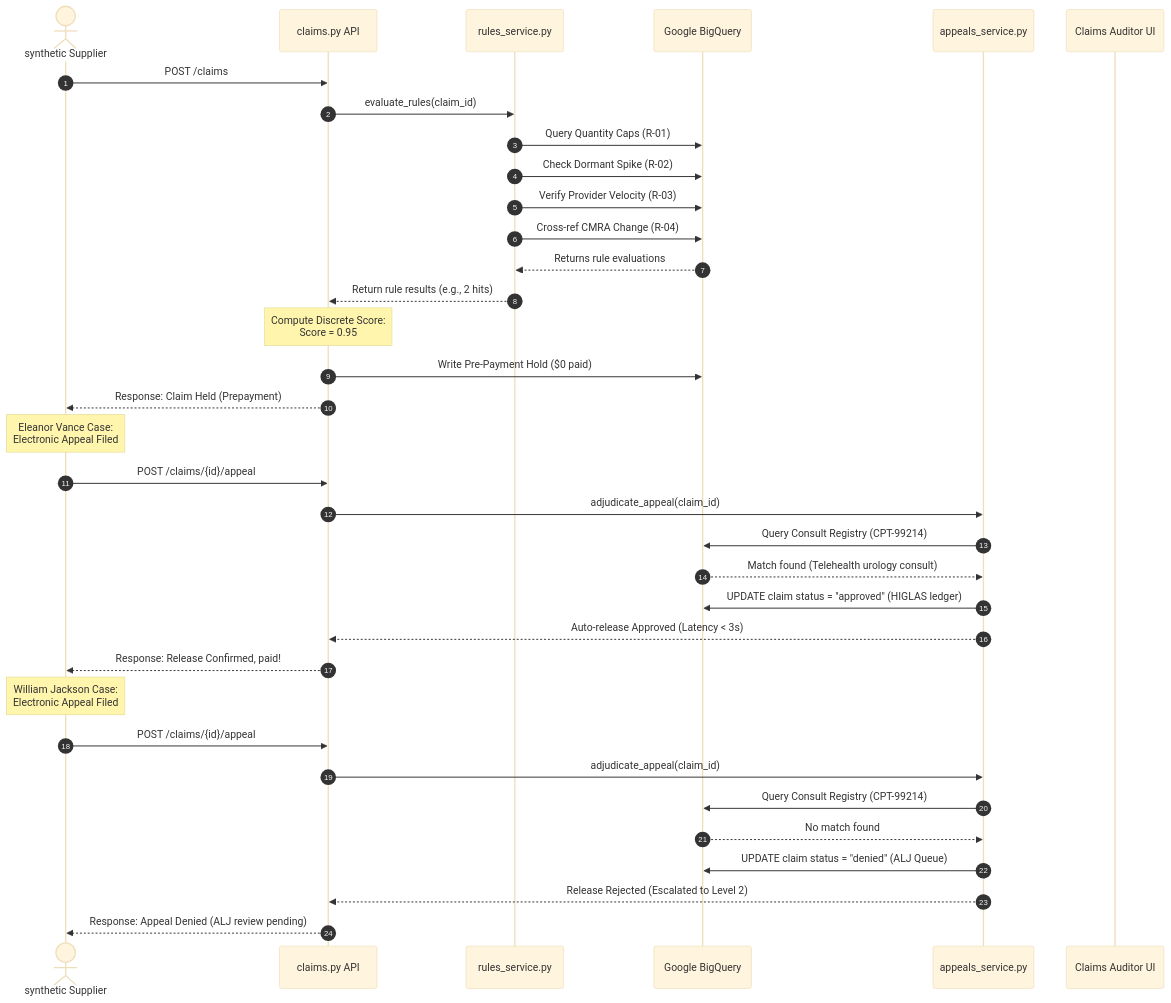
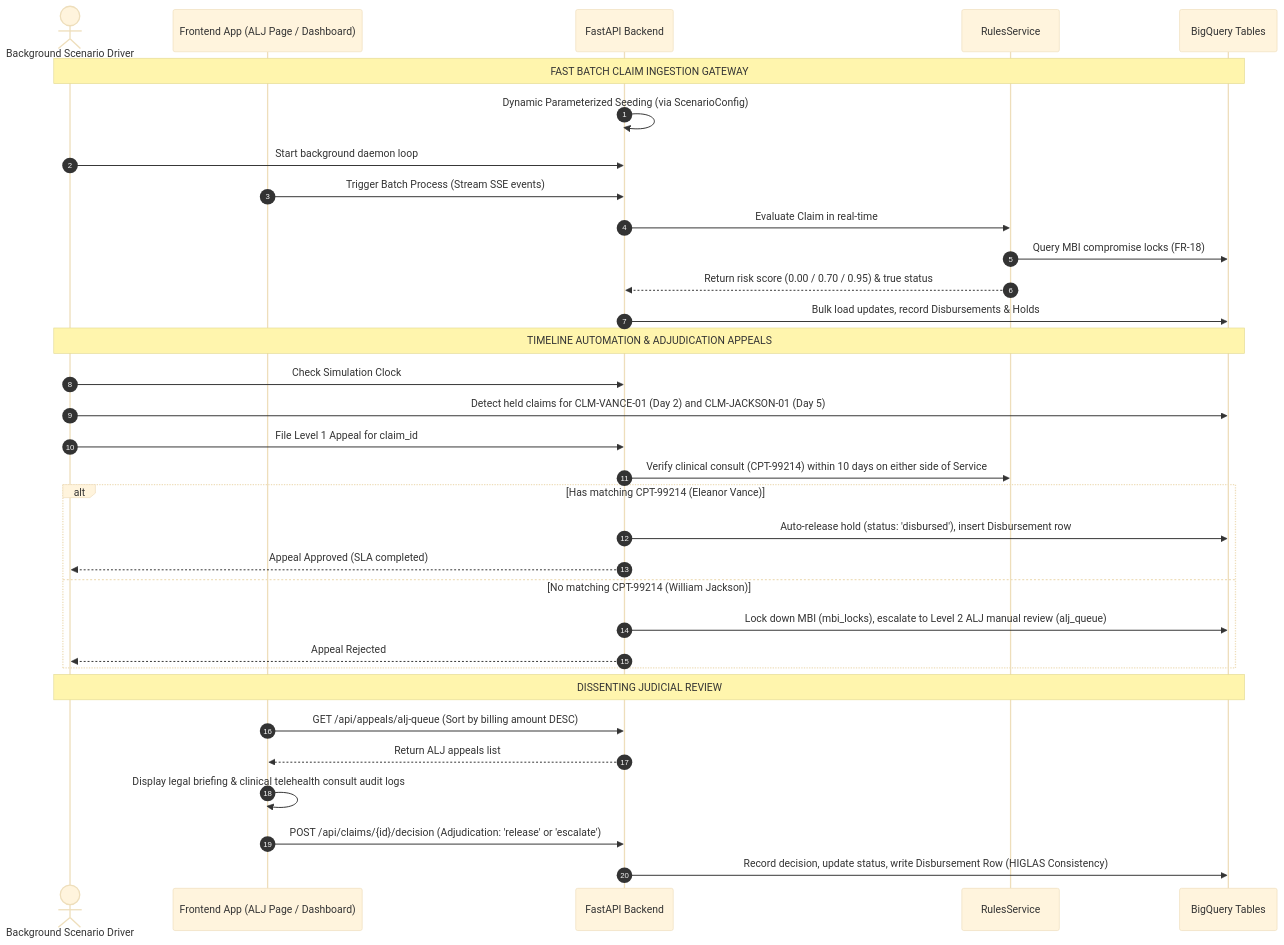
Before and after one commit to farahomer1/cms-fraud-shield3: the second of 2 diagrams in docs/technical_design_document.md, drawn with Mermaid (base theme).

Commit message:
docs: update sequence diagram in TDD to match clock-aware closed-loop pipeline

````diff
--- a/docs/technical_design_document.md
+++ b/docs/technical_design_document.md
@@ -160,41 +160,38 @@
 ```mermaid
 sequenceDiagram
     autonumber
-    actor Supplier as synthetic Supplier
-    participant Gateway as claims.py API
-    participant Rules as rules_service.py
-    participant DB as Google BigQuery
-    participant Appeals as appeals_service.py
-    participant Auditor as Claims Auditor UI
+    actor Driver as Background Scenario Driver
+    participant FE as Frontend App (ALJ Page / Dashboard)
+    participant BE as FastAPI Backend
+    participant RS as RulesService
+    participant BQ as BigQuery Tables
 
-    Supplier->>Gateway: POST /claims
-    Gateway->>Rules: evaluate_rules(claim_id)
-    Rules->>DB: Query Quantity Caps (R-01)
-    Rules->>DB: Check Dormant Spike (R-02)
-    Rules->>DB: Verify Provider Velocity (R-03)
-    Rules->>DB: Cross-ref CMRA Change (R-04)
-    DB-->>Rules: Returns rule evaluations
-    Rules-->>Gateway: Return rule results (e.g., 2 hits)
-    
-    Note over Gateway: Compute Discrete Score:<br/>Score = 0.95
-    Gateway->>DB: Write Pre-Payment Hold ($0 paid)
-    Gateway-->>Supplier: Response: Claim Held (Prepayment)
+    Note over Driver, BQ: FAST BATCH CLAIM INGESTION GATEWAY
+    BE->>BE: Dynamic Parameterized Seeding (via ScenarioConfig)
+    Driver->>BE: Start background daemon loop
+    FE->>BE: Trigger Batch Process (Stream SSE events)
+    BE->>RS: Evaluate Claim in real-time
+    RS->>BQ: Query MBI compromise locks (FR-18)
+    RS-->>BE: Return risk score (0.00 / 0.70 / 0.95) & true status
+    BE->>BQ: Bulk load updates, record Disbursements & Holds
 
-    Note over Supplier: Eleanor Vance Case:<br/>Electronic Appeal Filed
-    Supplier->>Gateway: POST /claims/{id}/appeal
-    Gateway->>Appeals: adjudicate_appeal(claim_id)
-    Appeals->>DB: Query Consult Registry (CPT-99214)
-    DB-->>Appeals: Match found (Telehealth urology consult)
-    Appeals->>DB: UPDATE claim status = "approved" (HIGLAS ledger)
-    Appeals-->>Gateway: Auto-release Approved (Latency < 3s)
-    Gateway-->>Supplier: Response: Release Confirmed, paid!
+    Note over Driver, BQ: TIMELINE AUTOMATION & ADJUDICATION APPEALS
+    Driver->>BE: Check Simulation Clock
+    Driver->>BQ: Detect held claims for CLM-VANCE-01 (Day 2) and CLM-JACKSON-01 (Day 5)
+    Driver->>BE: File Level 1 Appeal for claim_id
+    BE->>RS: Verify clinical consult (CPT-99214) within 10 days on either side of Service
+    alt Has matching CPT-99214 (Eleanor Vance)
+        BE->>BQ: Auto-release hold (status: 'disbursed'), insert Disbursement row
+        BE-->>Driver: Appeal Approved (SLA completed)
+    else No matching CPT-99214 (William Jackson)
+        BE->>BQ: Lock down MBI (mbi_locks), escalate to Level 2 ALJ manual review (alj_queue)
+        BE-->>Driver: Appeal Rejected
+    end
 
-    Note over Supplier: William Jackson Case:<br/>Electronic Appeal Filed
-    Supplier->>Gateway: POST /claims/{id}/appeal
-    Gateway->>Appeals: adjudicate_appeal(claim_id)
-    Appeals->>DB: Query Consult Registry (CPT-99214)
-    DB-->>Appeals: No match found
-    Appeals->>DB: UPDATE claim status = "denied" (ALJ Queue)
-    Appeals-->>Gateway: Release Rejected (Escalated to Level 2)
-    Gateway-->>Supplier: Response: Appeal Denied (ALJ review pending)
+    Note over Driver, BQ: DISSENTING JUDICIAL REVIEW
+    FE->>BE: GET /api/appeals/alj-queue (Sort by billing amount DESC)
+    BE-->>FE: Return ALJ appeals list
+    FE->>FE: Display legal briefing & clinical telehealth consult audit logs
+    FE->>BE: POST /api/claims/{id}/decision (Adjudication: 'release' or 'escalate')
+    BE->>BQ: Record decision, update status, write Disbursement Row (HIGLAS Consistency)
 ```
````
